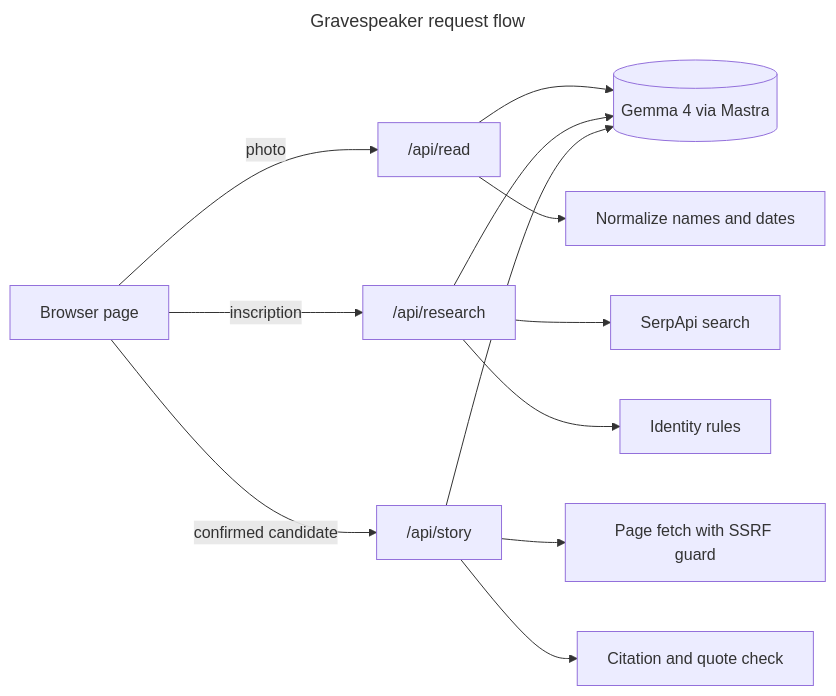
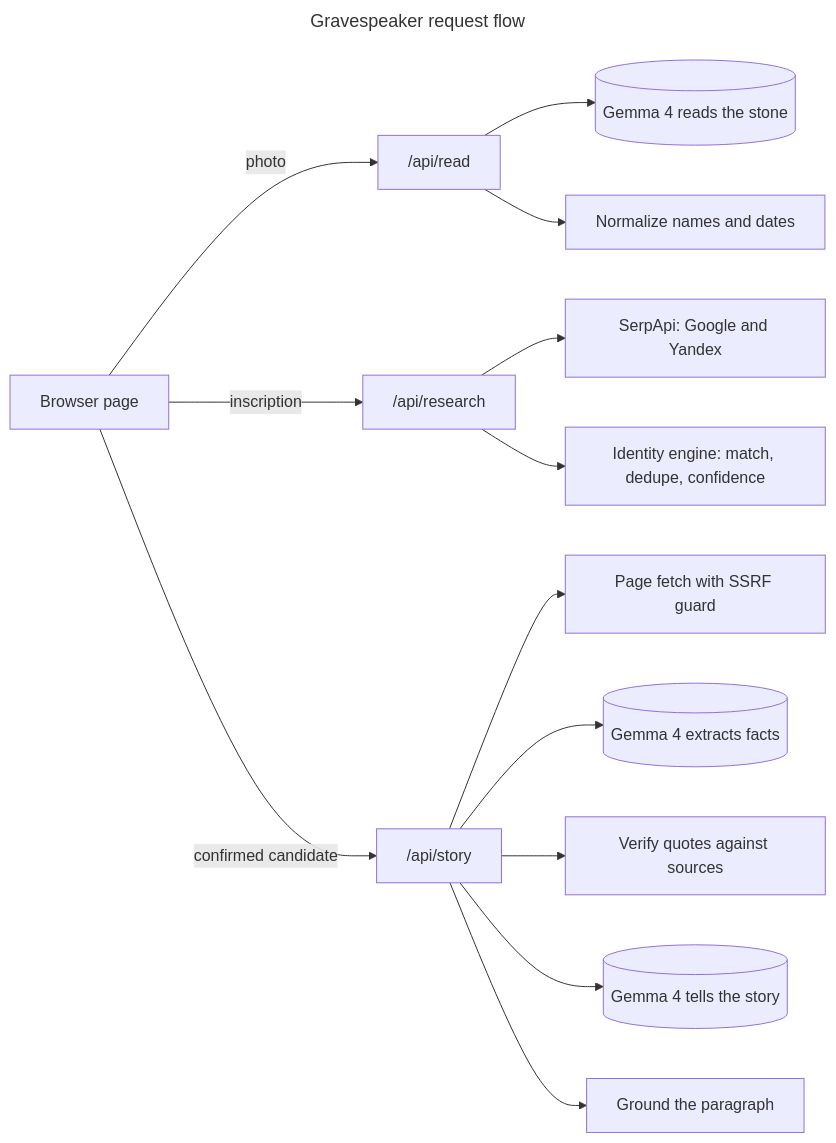
Before and after one commit to anchildress1/gravespeaker: the diagram in README.md, drawn with Mermaid. The commit also changed other lines of this file, not shown here.

First line of the commit message:
docs: bring the README in line with the code

````diff
--- a/README.md
+++ b/README.md
@@ -69,23 +72,26 @@
 ```mermaid
 ---
 title: Gravespeaker request flow
 config:
   theme: default
 ---
 flowchart LR
   accTitle: Gravespeaker request flow
-  accDescr: The browser calls three stateless endpoints. Each endpoint uses the model or search seam, and deterministic code validates every result.
+  accDescr: The browser calls three stateless endpoints. Research uses search and a deterministic identity engine. Story fetches pages, extracts and verifies facts, tells the story and grounds it. The model is called only to read, extract and tell.
 
   B[Browser page] -->|photo| R["/api/read"]
   B -->|inscription| S["/api/research"]
   B -->|confirmed candidate| T["/api/story"]
 
-  R --> M[(Gemma 4 via Mastra)]
+  R --> M1[(Gemma 4 reads the stone)]
   R --> N[Normalize names and dates]
-  S --> G[SerpApi search]
-  S --> M
-  S --> I[Identity rules]
+
+  S --> G[SerpApi: Google and Yandex]
+  S --> I[Identity engine: match, dedupe, confidence]
+
   T --> P[Page fetch with SSRF guard]
-  T --> M
-  T --> Q[Citation and quote check]
+  T --> X[(Gemma 4 extracts facts)]
+  T --> V[Verify quotes against sources]
+  T --> Y[(Gemma 4 tells the story)]
+  T --> Q[Ground the paragraph]
 ```
````
